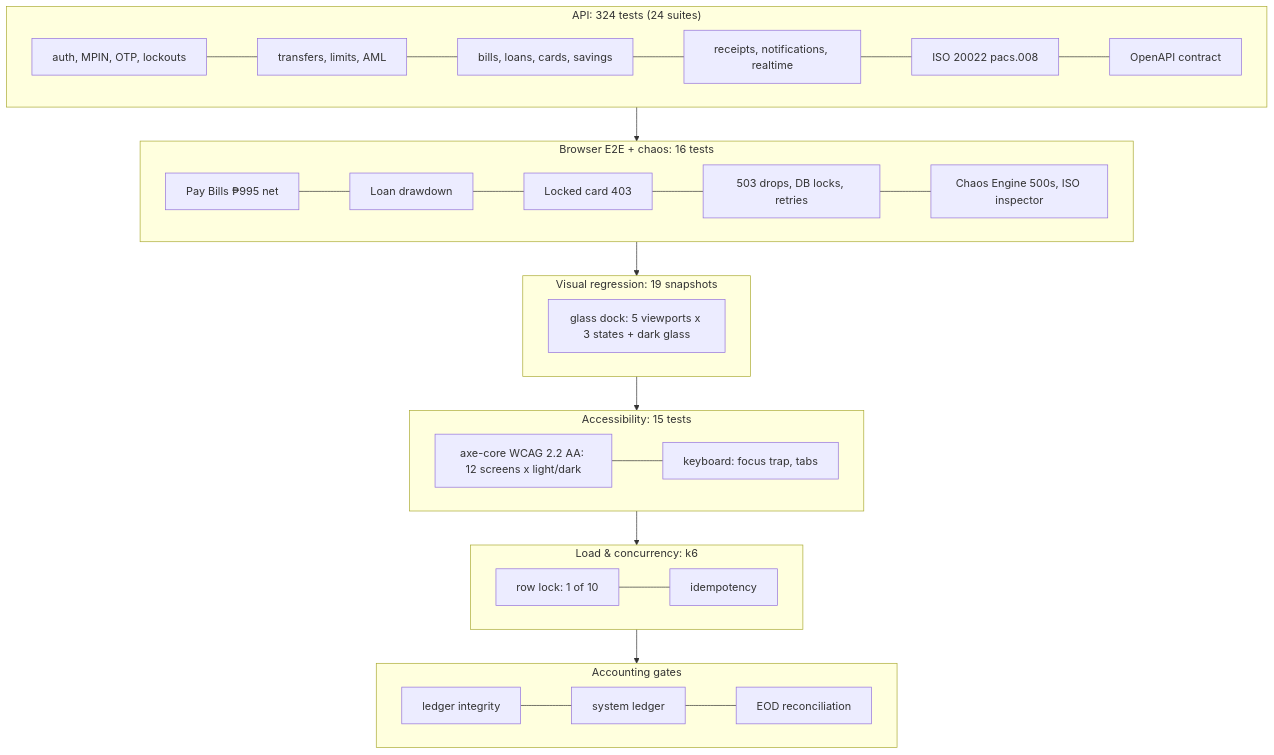
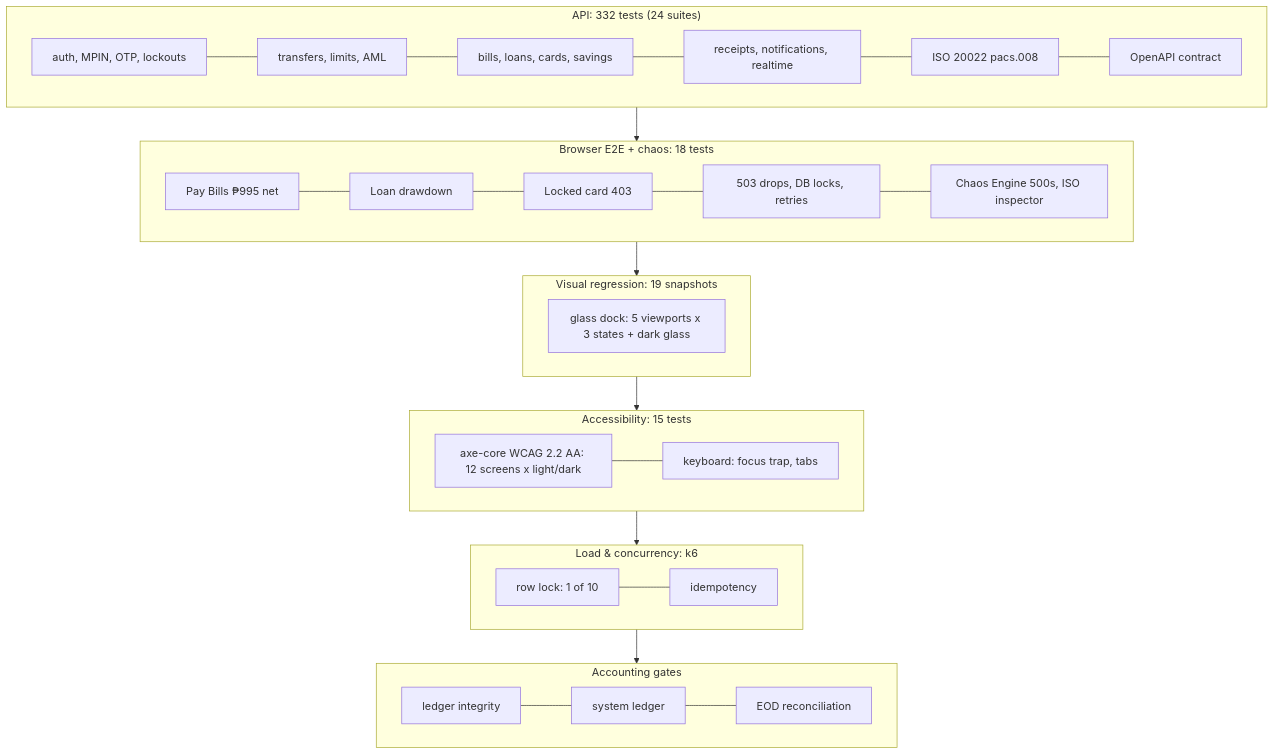
The first of 3 diagrams in README.md (brylleopada77/PayPulse), drawn with Mermaid before and after one commit. The commit also changed other lines of this file and 10 other files, not shown here.

````diff
--- a/README.md
+++ b/README.md
@@ -52,24 +52,24 @@
 ```mermaid
 flowchart TB
-  subgraph L1["API: 324 tests (24 suites)"]
+  subgraph L1["API: 332 tests (24 suites)"]
     a1[auth, MPIN, OTP, lockouts] --- a2[transfers, limits, AML]
     a2 --- a3[bills, loans, cards, savings]
     a3 --- a4[receipts, notifications, realtime] --- a5[ISO 20022 pacs.008] --- a6[OpenAPI contract]
   end
-  subgraph L2["Browser E2E + chaos: 16 tests"]
+  subgraph L2["Browser E2E + chaos: 18 tests"]
     b1[Pay Bills ₱995 net] --- b2[Loan drawdown] --- b3[Locked card 403] --- b4[503 drops, DB locks, retries] --- b5[Chaos Engine 500s, ISO inspector]
   end
   subgraph L3["Visual regression: 19 snapshots"]
     v1[glass dock: 5 viewports x 3 states + dark glass]
   end
   subgraph L3b["Accessibility: 15 tests"]
     x1[axe-core WCAG 2.2 AA: 12 screens x light/dark] --- x2[keyboard: focus trap, tabs]
   end
   subgraph L4["Load & concurrency: k6"]
     k1[row lock: 1 of 10] --- k2[idempotency]
   end
   subgraph L5["Accounting gates"]
     g1[ledger integrity] --- g2[system ledger] --- g3[EOD reconciliation]
   end
   L1 --> L2 --> L3 --> L3b --> L4 --> L5
 ```
````
